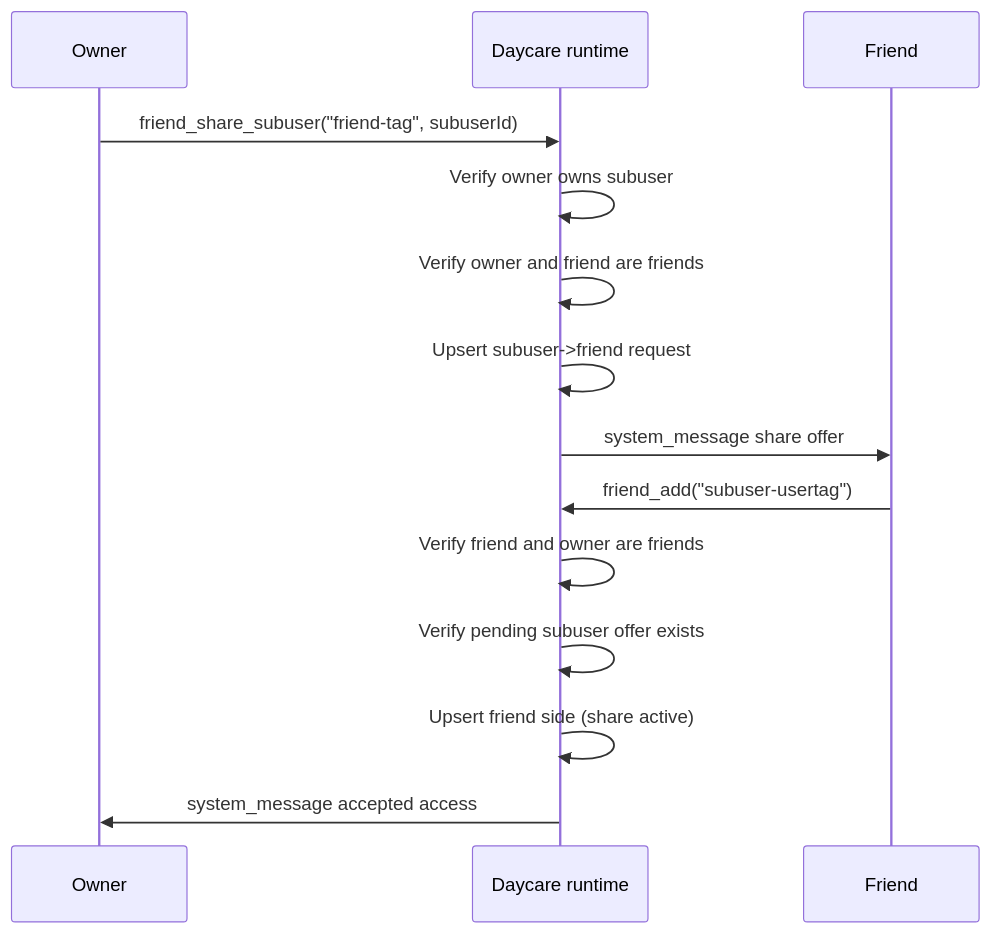
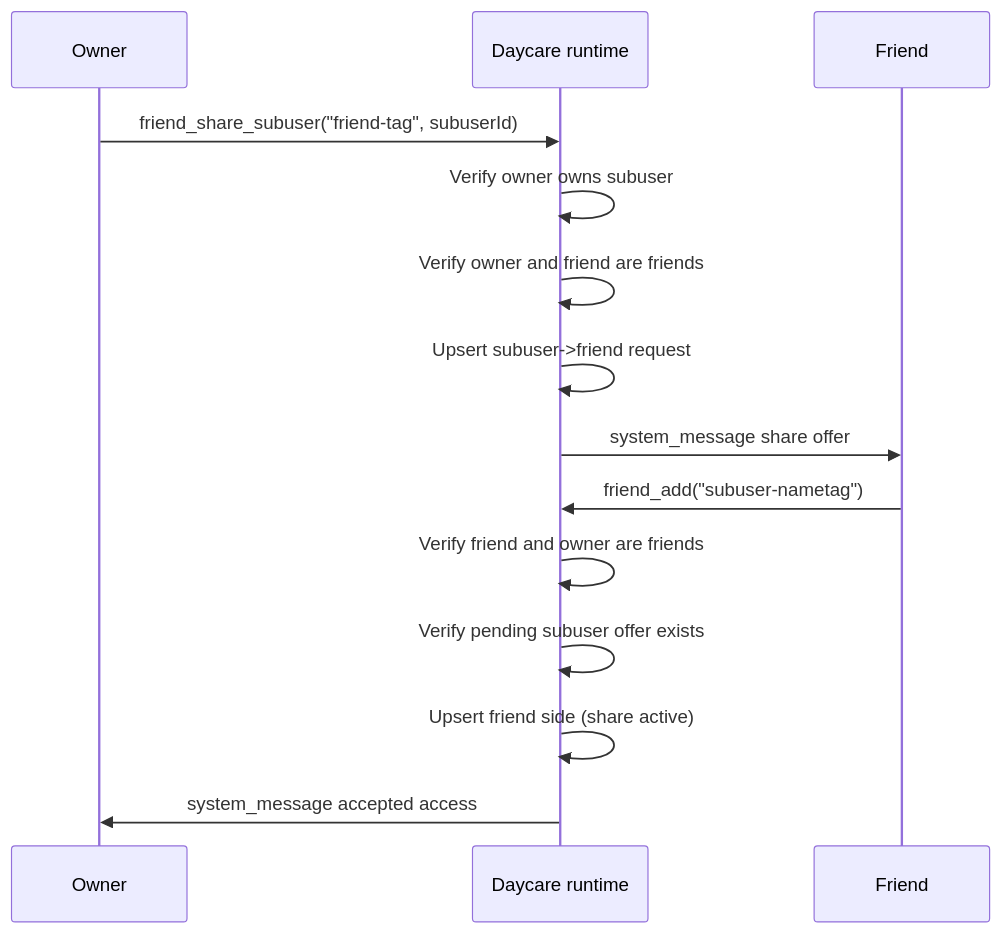
The fourth of 5 diagrams in doc/friends.md (ex3ndr/daycare), drawn with Mermaid before and after one commit. The commit also changed other lines of this file and 34 other files, not shown here.

First line of the commit message:
refactor(friends): rename usertag to nametag across codebase

````diff
--- a/doc/friends.md
+++ b/doc/friends.md
@@ -89,17 +89,17 @@
 ```mermaid
 sequenceDiagram
     participant O as Owner
     participant S as Daycare runtime
     participant F as Friend
 
     O->>S: friend_share_subuser("friend-tag", subuserId)
     S->>S: Verify owner owns subuser
     S->>S: Verify owner and friend are friends
     S->>S: Upsert subuser->friend request
     S->>F: system_message share offer
-    F->>S: friend_add("subuser-usertag")
+    F->>S: friend_add("subuser-nametag")
     S->>S: Verify friend and owner are friends
     S->>S: Verify pending subuser offer exists
     S->>S: Upsert friend side (share active)
     S->>O: system_message accepted access
 ```
````
